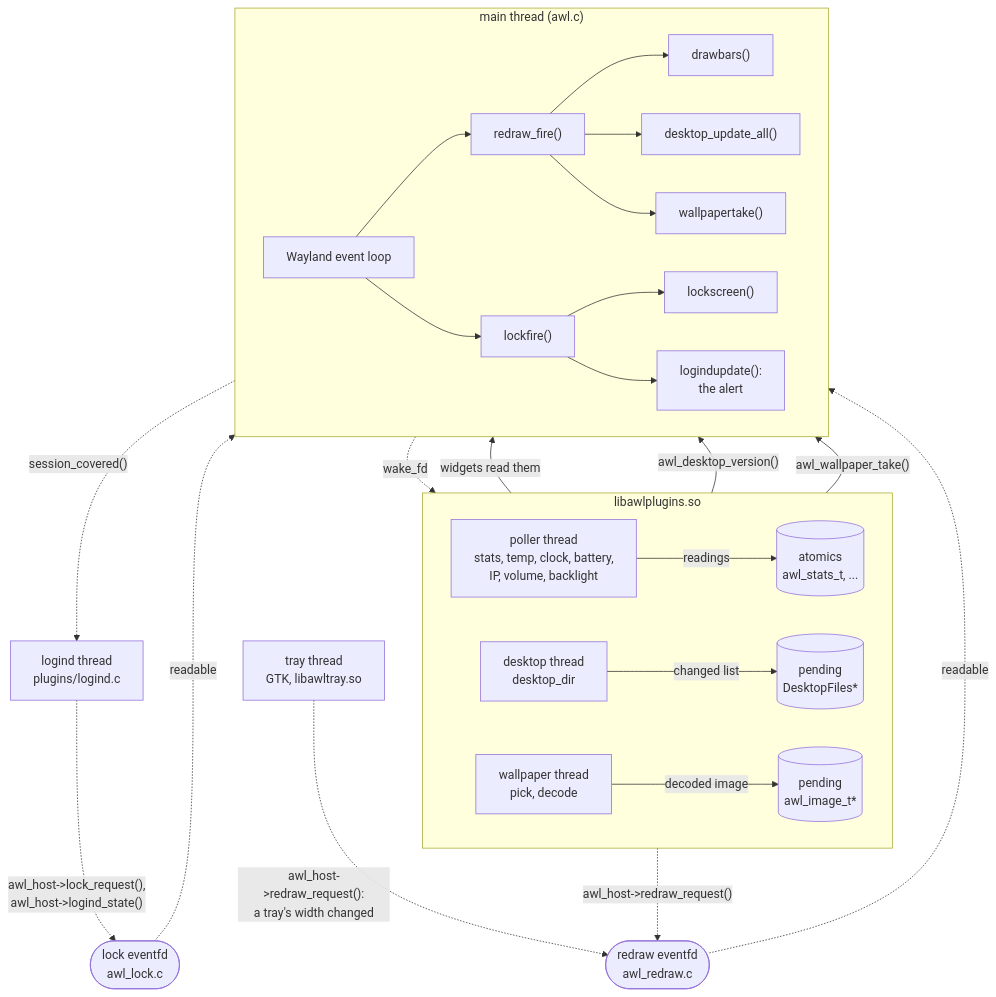
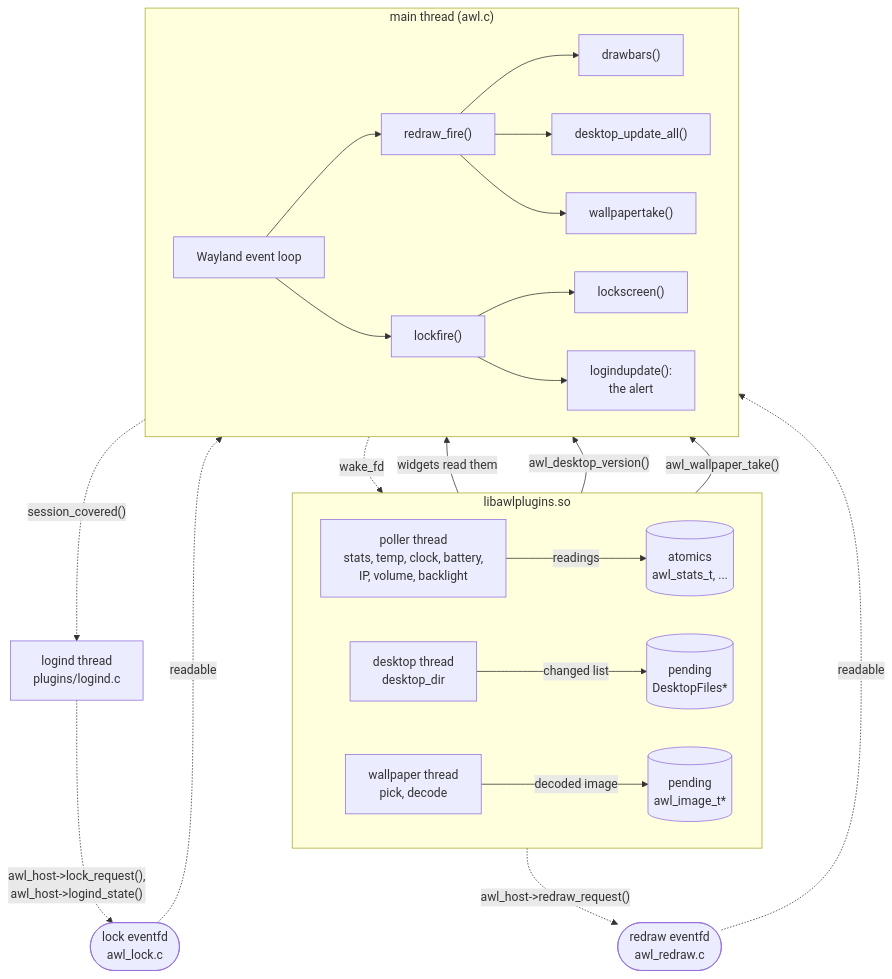
Before and after one commit to alcubierre-drive/awl: the first of 7 diagrams in doc/threads.rst, drawn with Mermaid. The commit also changed other lines of this file and 61 other files, not shown here.

```diff
--- a/doc/threads.rst
+++ b/doc/threads.rst
@@ -100,34 +100,32 @@
 .. mermaid::
 
    flowchart TB
      subgraph lib["libawlplugins.so"]
        direction LR
        poller["poller thread<br/>stats, temp, clock, battery,<br/>IP, volume, backlight"] -- "readings" --> atomics[("atomics<br/>awl_stats_t, ...")]
        scanner["desktop thread<br/>desktop_dir"] -- "changed list" --> pending[("pending<br/>DesktopFiles*")]
        changer["wallpaper thread<br/>pick, decode"] -- "decoded image" --> image[("pending<br/>awl_image_t*")]
      end
-     tray["tray thread<br/>GTK, libawltray.so"]
      logind["logind thread<br/>plugins/logind.c"]
      redraw(["redraw eventfd<br/>awl_redraw.c"])
      lockfd(["lock eventfd<br/>awl_lock.c"])
      subgraph main["main thread (awl.c)"]
        direction LR
        loop["Wayland event loop"] --> fire["redraw_fire()"]
        fire --> bars["drawbars()"]
        fire --> panels["desktop_update_all()"]
        fire --> wp["wallpapertake()"]
        loop --> lockfire["lockfire()"]
        lockfire --> lockscreen["lockscreen()"]
        lockfire --> logindupdate["logindupdate():<br/>the alert"]
      end
 
      lib -. "awl_host->redraw_request()" .-> redraw
-     tray -. "awl_host->redraw_request():<br/>a tray's width changed" .-> redraw
      redraw -. "readable" .-> loop
      logind -. "awl_host->lock_request(),<br/>awl_host->logind_state()" .-> lockfd
      lockfd -. "readable" .-> loop
      main -. "session_covered()" .-> logind
      atomics -- "widgets read them" --> bars
      pending -- "awl_desktop_version()" --> panels
      image -- "awl_wallpaper_take()" --> wp
      main -. "wake_fd" .-> lib
```
